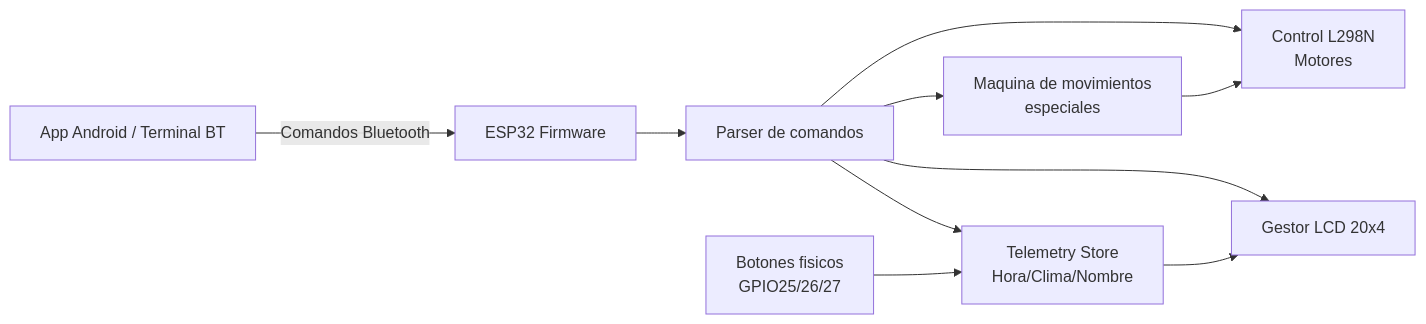
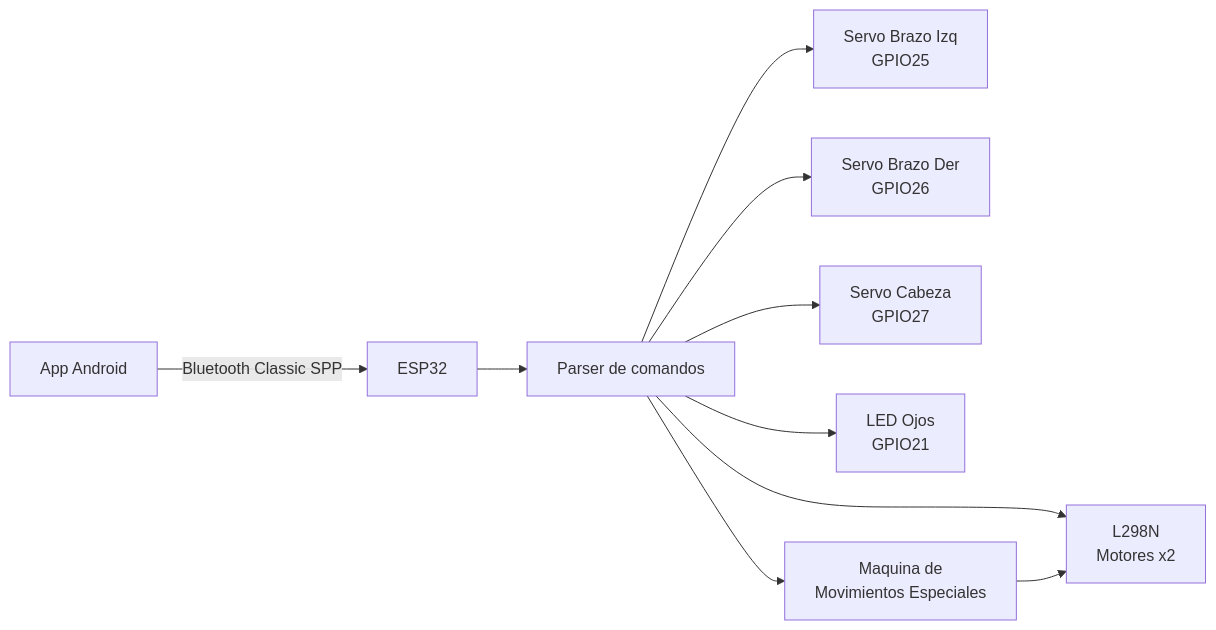
One commit to Guivve-A/Car_control_esp32 changed the diagram in README.md. Above: the diagram before and after it, drawn with Mermaid. The commit also changed other lines of this file and 1 other file, not shown here.

First line of the commit message:
fix: safe motor init, servo pins, fast-path B, wiring docs

````diff
--- a/README.md
+++ b/README.md
@@ -76,12 +36,12 @@
 ```mermaid
 flowchart LR
-    A[App Android / Terminal BT] -->|Comandos Bluetooth| B[ESP32 Firmware]
+    A[App Android] -->|Bluetooth Classic SPP| B[ESP32]
     B --> C[Parser de comandos]
-    C --> D[Control L298N\nMotores]
-    C --> E[Gestor LCD 20x4]
-    C --> F[Maquina de movimientos\n especiales]
-    C --> G[Telemetry Store\nHora/Clima/Nombre]
-    G --> E
-    F --> D
-    H[Botones fisicos\nGPIO25/26/27] --> G
+    C --> D[L298N\nMotores x2]
+    C --> E[Servo Brazo Izq\nGPIO25]
+    C --> F[Servo Brazo Der\nGPIO26]
+    C --> G[Servo Cabeza\nGPIO27]
+    C --> H[LED Ojos\nGPIO21]
+    C --> I[Maquina de\nMovimientos Especiales]
+    I --> D
 ```
````
